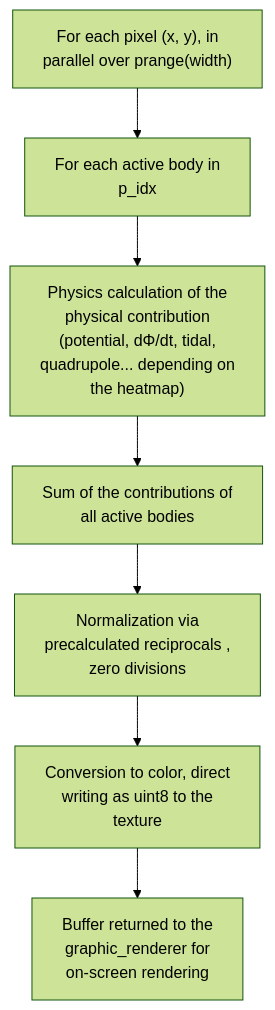
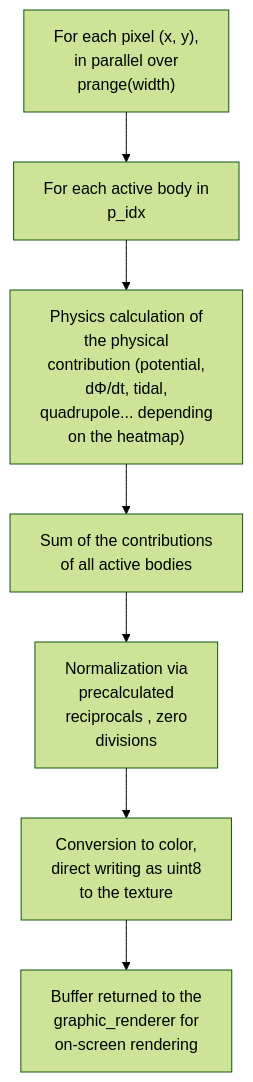
The fourth of 11 diagrams in ARCHITECTURE_DEEP_DIVE.md (alessandro-pioli/AstroCausal_Engine), drawn with Mermaid (forest theme) before and after one commit. The commit also changed other lines of this file and 2 other files, not shown here.

````diff
--- a/ARCHITECTURE_DEEP_DIVE.md
+++ b/ARCHITECTURE_DEEP_DIVE.md
@@ -413,9 +411,9 @@
 ```mermaid
 flowchart TD
-    A["For each pixel (x, y), in<br/>parallel over prange(width)"] --> B["For each active body in<br/>p_idx"]
-    B --> C["Physics calculation of the<br/>physical contribution<br/>(potential, dΦ/dt, tidal,<br/>quadrupole... depending on<br/>the heatmap)"]
-    C --> D["Sum of the contributions of<br/>all active bodies"]
-    D --> E["Normalization via<br/>precalculated reciprocals ,<br/>zero divisions"]
-    E --> F["Conversion to color, direct<br/>writing as uint8 to the<br/>texture"]
+    A["For each pixel (x, y),<br/>in parallel over<br/>prange(width)"] --> B["For each active body in<br/>p_idx"]
+    B --> C["Physics calculation of<br/>the physical<br/>contribution (potential,<br/>dΦ/dt, tidal,<br/>quadrupole... depending<br/>on the heatmap)"]
+    C --> D["Sum of the contributions<br/>of all active bodies"]
+    D --> E["Normalization via<br/>precalculated<br/>reciprocals , zero<br/>divisions"]
+    E --> F["Conversion to color,<br/>direct writing as uint8<br/>to the texture"]
     F --> G["Buffer returned to the<br/>graphic_renderer for<br/>on-screen rendering"]
 ```
````
